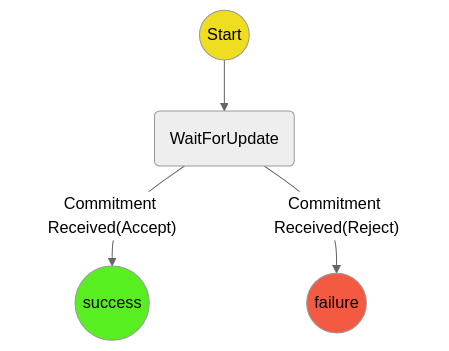
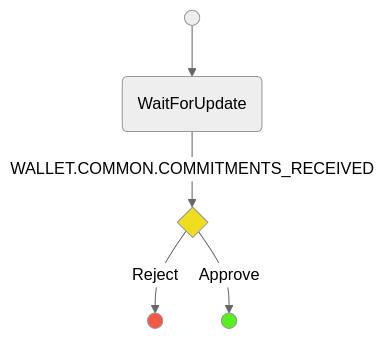
The diagram in packages/wallet/packages/wallet/src/redux/protocols/consensus-update/readme.md (statechannels/statechannels), drawn with Mermaid (neutral theme) before and after one commit. The commit also changed 3 other files, not shown here.

````diff
--- a/packages/wallet/packages/wallet/src/redux/protocols/consensus-update/readme.md
+++ b/packages/wallet/packages/wallet/src/redux/protocols/consensus-update/readme.md
@@ -7,15 +7,17 @@
 ```mermaid
 graph TD
 linkStyle default interpolate basis
-  S((Start)) --> WFU(WaitForUpdate)
-  WFU-->|"Commitment Received(Accept)"|SS((success))
-  WFU-->|"Commitment Received(Reject)"|F((failure))
+  S(( )) --> WFU(WaitForUpdate)
+  WFU-->|WALLET.COMMON.COMMITMENTS_RECEIVED|AR
+  AR{ }-->|Reject|F(( ))
+  AR-->|Approve|SS(( ))
+
   classDef logic fill:#efdd20;
   classDef Success fill:#58ef21;
   classDef Failure fill:#f45941;
   classDef WaitForChildProtocol stroke:#333,stroke-width:4px,color:#ffff,fill:#333;
-  class S,E,MT logic;
+  class AR logic;
   class SS Success;
   class F Failure;
   class D WaitForChildProtocol;
 ```
````
